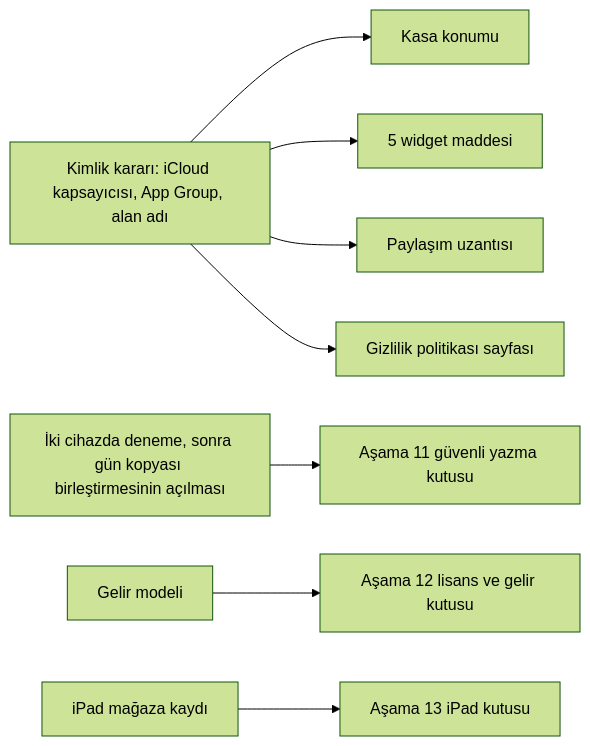
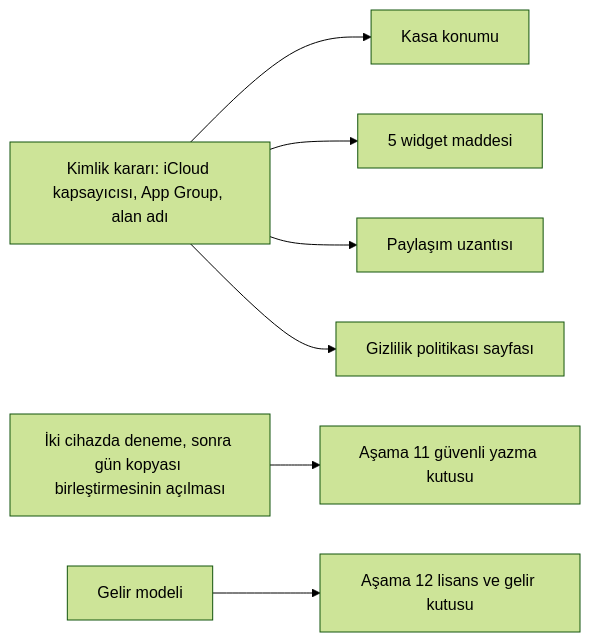
Before and after one commit to dogancanyildiz/kenet: the third of 4 diagrams in docs/roadmap.md, drawn with Mermaid (forest theme). The commit also changed other lines of this file and 2 other files, not shown here.

Commit message:
docs: Aşama 13 iPad karma kabuk ve mağaza kaydı maddeleri kapandı (#269)

````diff
--- a/docs/roadmap.md
+++ b/docs/roadmap.md
@@ -79,10 +79,9 @@
 ```mermaid
 flowchart LR
     K[Kimlik kararı: iCloud kapsayıcısı, App Group, alan adı] --> KK[Kasa konumu]
     K --> W[5 widget maddesi]
     K --> PU[Paylaşım uzantısı]
     K --> GP[Gizlilik politikası sayfası]
     GK[İki cihazda deneme, sonra gün kopyası birleştirmesinin açılması] --> A11[Aşama 11 güvenli yazma kutusu]
     GM[Gelir modeli] --> A12[Aşama 12 lisans ve gelir kutusu]
-    IP[iPad mağaza kaydı] --> A13[Aşama 13 iPad kutusu]
 ```
````
